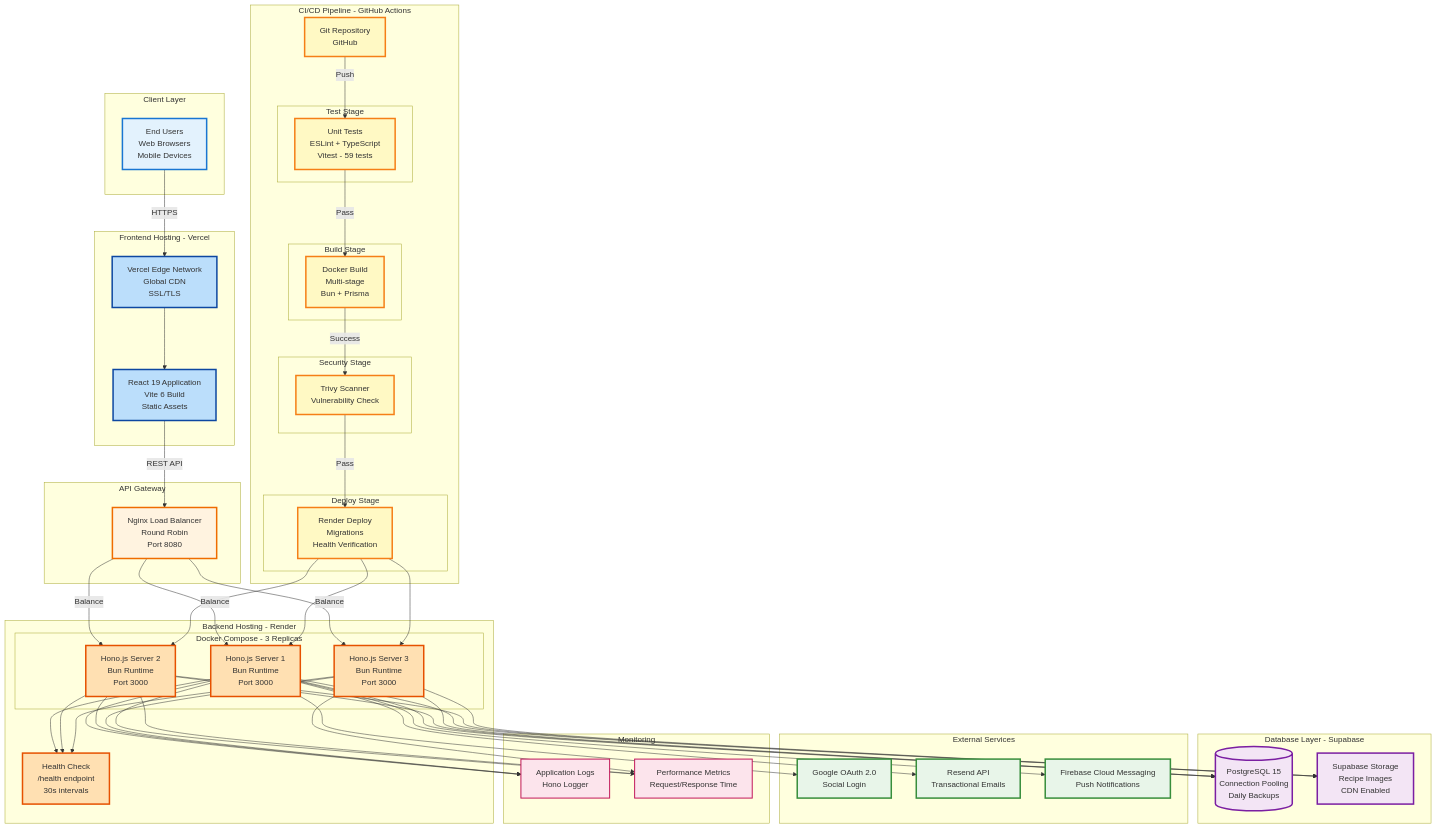
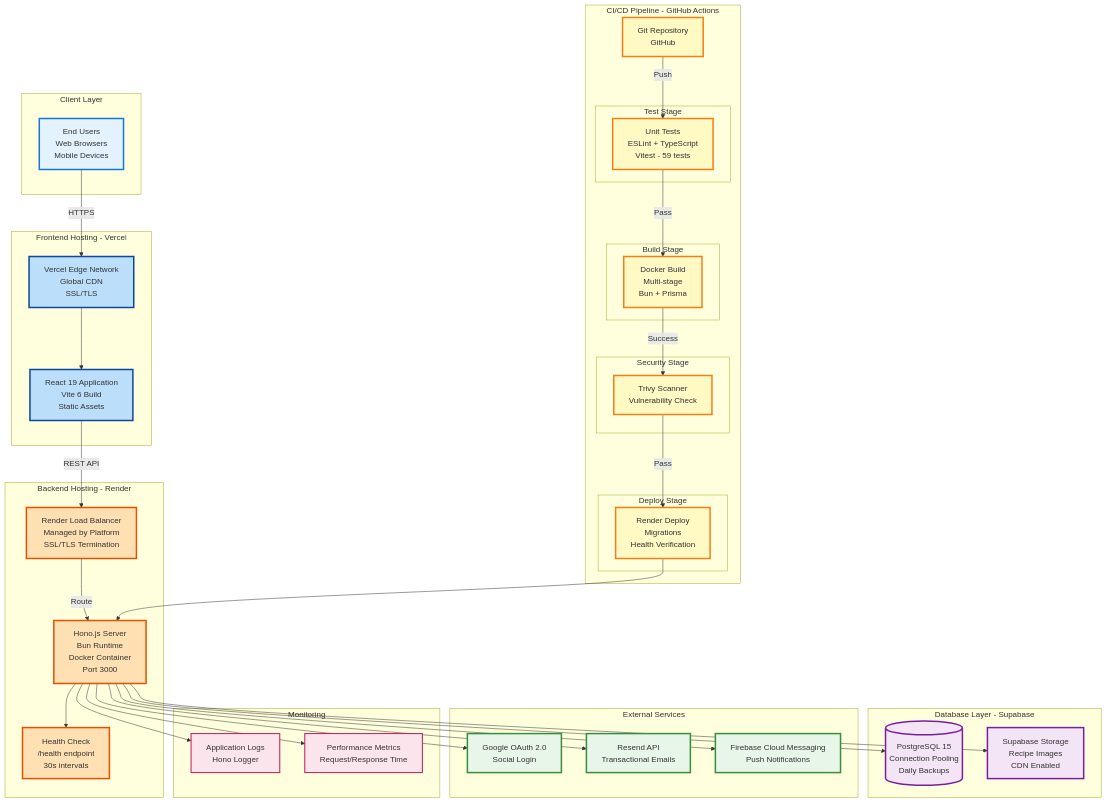
One commit to NinePTH/FitRecipes-Backend changed the first of 3 diagrams in docs/SYSTEM_ARCHITECTURE.md. Above: the diagram before and after it, drawn with Mermaid. The commit also changed other lines of this file and 4 other files, not shown here.

```diff
--- a/docs/SYSTEM_ARCHITECTURE.md
+++ b/docs/SYSTEM_ARCHITECTURE.md
@@ -51,17 +52,9 @@
         FRONTEND[React 19 Application<br/>Vite 6 Build<br/>Static Assets]
     end
     
-    subgraph "API Gateway"
-        NGINX[Nginx Load Balancer<br/>Round Robin<br/>Port 8080]
-    end
-    
     subgraph "Backend Hosting - Render"
-        subgraph "Docker Compose - 3 Replicas"
-            APP1[Hono.js Server 1<br/>Bun Runtime<br/>Port 3000]
-            APP2[Hono.js Server 2<br/>Bun Runtime<br/>Port 3000]
-            APP3[Hono.js Server 3<br/>Bun Runtime<br/>Port 3000]
-        end
-        
+        RENDER_LB[Render Load Balancer<br/>Managed by Platform<br/>SSL/TLS Termination]
+        APP[Hono.js Server<br/>Bun Runtime<br/>Docker Container<br/>Port 3000]
         HEALTH[Health Check<br/>/health endpoint<br/>30s intervals]
     end
     
@@ -104,53 +97,36 @@
     %% User Flow
     USERS -->|HTTPS| VERCEL
     VERCEL --> FRONTEND
-    FRONTEND -->|REST API| NGINX
+    FRONTEND -->|REST API| RENDER_LB
     
     %% Load Balancing
-    NGINX -->|Balance| APP1
-    NGINX -->|Balance| APP2
-    NGINX -->|Balance| APP3
+    RENDER_LB -->|Route| APP
     
     %% Backend to Data
-    APP1 --> POSTGRES
-    APP2 --> POSTGRES
-    APP3 --> POSTGRES
-    
-    APP1 --> STORAGE
-    APP2 --> STORAGE
-    APP3 --> STORAGE
+    APP --> POSTGRES
+    APP --> STORAGE
     
     %% External Services
-    APP1 --> GOOGLE
-    APP1 --> RESEND
-    APP1 --> FCM
+    APP --> GOOGLE
+    APP --> RESEND
+    APP --> FCM
     
     %% Health Monitoring
-    APP1 --> HEALTH
-    APP2 --> HEALTH
-    APP3 --> HEALTH
+    APP --> HEALTH
     
     %% CI/CD Flow
     GIT -->|Push| TEST
     TEST -->|Pass| BUILD
     BUILD -->|Success| SECURITY
     SECURITY -->|Pass| DEPLOY
-    DEPLOY --> APP1
-    DEPLOY --> APP2
-    DEPLOY --> APP3
+    DEPLOY --> APP
     
     %% Monitoring
-    APP1 --> LOGS
-    APP2 --> LOGS
-    APP3 --> LOGS
-    
-    APP1 --> METRICS
-    APP2 --> METRICS
-    APP3 --> METRICS
+    APP --> LOGS
+    APP --> METRICS
 
     classDef client fill:#e3f2fd,stroke:#1976d2,stroke-width:3px
     classDef frontend fill:#bbdefb,stroke:#0d47a1,stroke-width:3px
-    classDef gateway fill:#fff3e0,stroke:#ef6c00,stroke-width:3px
     classDef backend fill:#ffe0b2,stroke:#e65100,stroke-width:3px
     classDef database fill:#f3e5f5,stroke:#7b1fa2,stroke-width:3px
     classDef external fill:#e8f5e9,stroke:#388e3c,stroke-width:3px
@@ -159,8 +135,7 @@
     
     class USERS client
     class VERCEL,FRONTEND frontend
-    class NGINX gateway
-    class APP1,APP2,APP3,HEALTH backend
+    class RENDER_LB,APP,HEALTH backend
     class POSTGRES,STORAGE database
     class GOOGLE,RESEND,FCM external
     class GIT,TEST,BUILD,SECURITY,DEPLOY cicd
```
